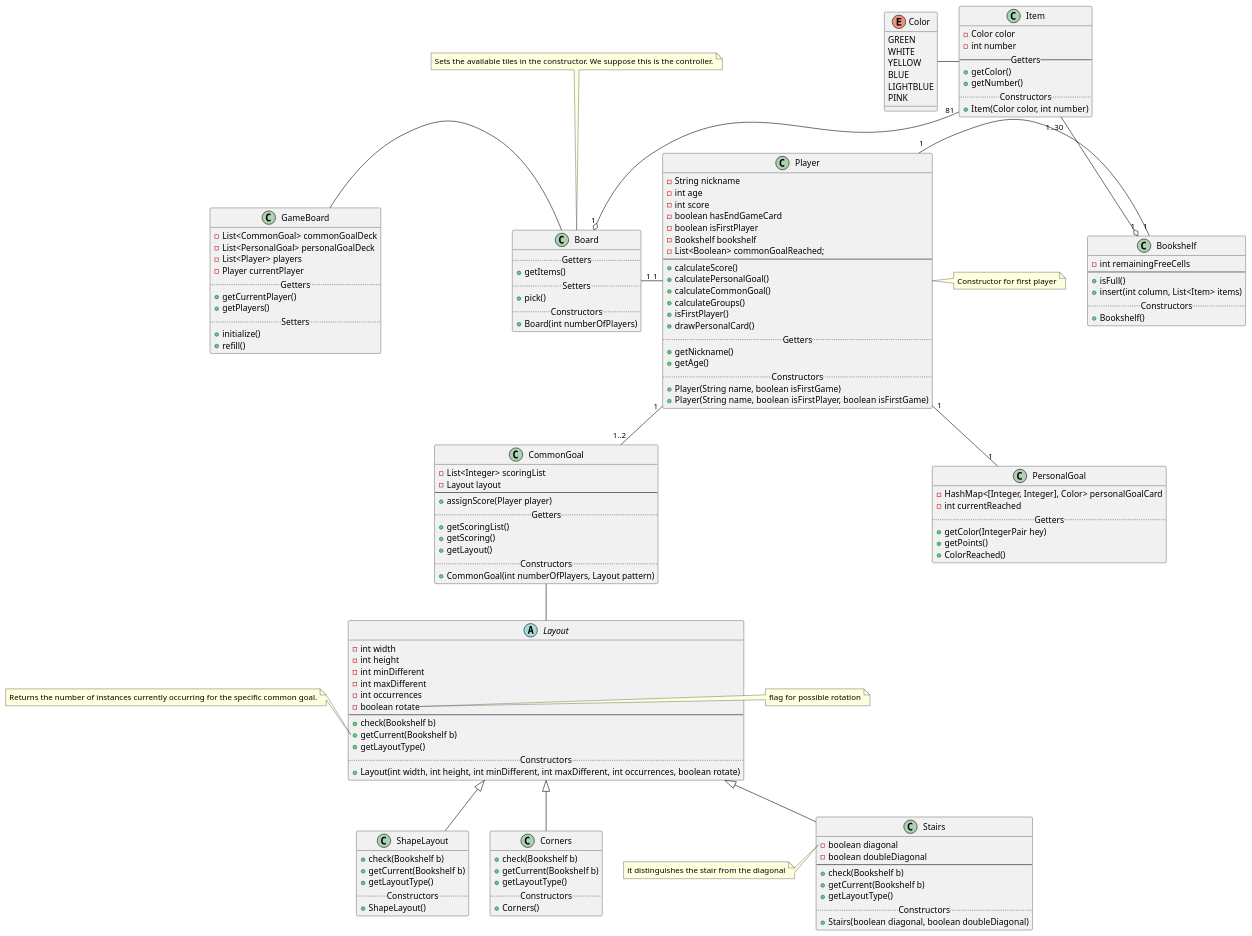
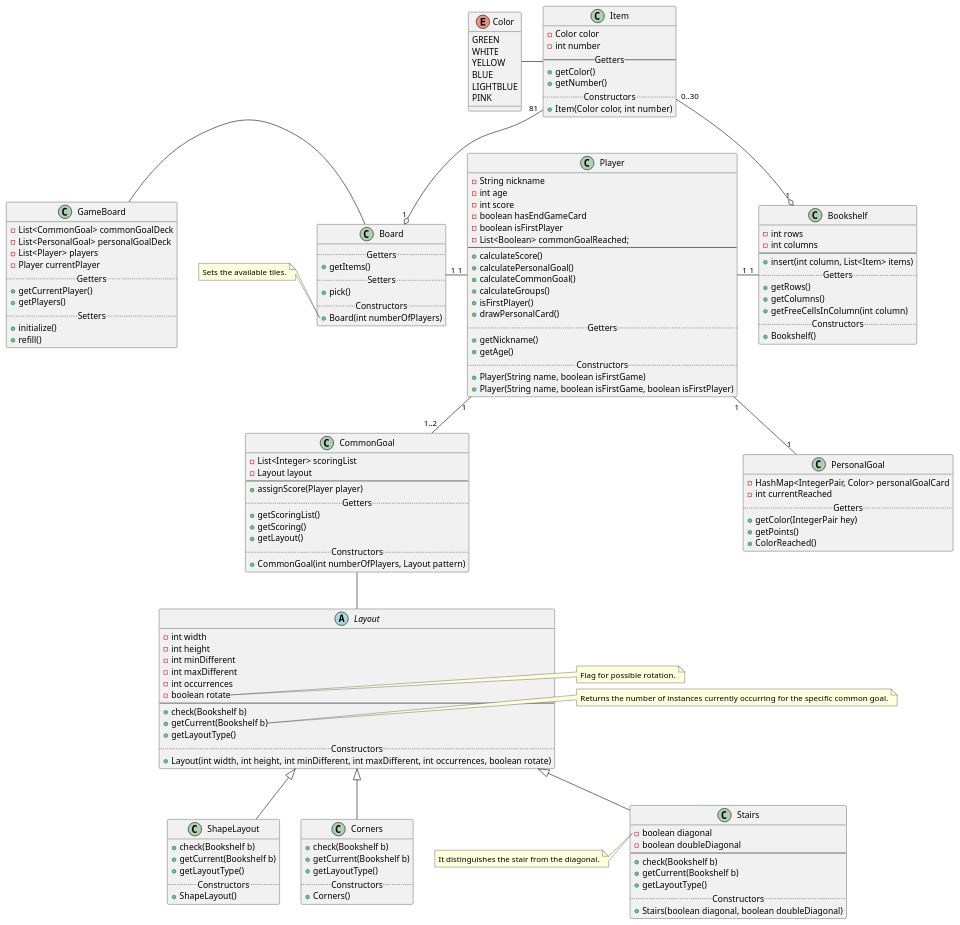
The diagram in docs/Initial class diagram.puml (dltmtt/IS23-AM13), drawn with PlantUML before and after one commit.

Commit message:
Update Bookshelf and other minor changes
Remove unused methods, add a few getters, fix a few things in code, move note position in the diagram and correct the cardinality of the Bookshelf-Item relation

```diff
--- a/docs/Initial class diagram.puml
+++ b/docs/Initial class diagram.puml
@@ -1,194 +1,187 @@
 @startuml
 'The controller will receiver the move command from the client and
 'will call remove and insert on the board and the bookshelf.
 'The link Board-Player is a static list.
 'The reference to CommonGoal (a list of 1 or 2 elements) is static.
 'The checks, like Bookshelf's checkComplete, go in the client.
-'[X] Consider aggregating the layouts (with parameters).
-'[ ] Add a method setNickname (in Player?).
-'[X] Convert Bookshelf goal in a hashMap.
-'[ ] Add a method drawCards. (in game?)
-'[ ] Add (somewhere) a check for the insertion in the bookshelf of the selection.
-'[ ] Check when the board has to be refilled. in game
 
-
+'TODO:
+'[ ] Consider adding a method setNickname.
+'[ ] Add a method drawCards.
+'[ ] Check when the board has to be refilled.
 
 class Board
-note top: Sets the available tiles in the constructor. We suppose this is the controller.
 Player "1" -- "1..2" CommonGoal
 Player "1" -- "1" PersonalGoal
 Player "1" - "1" Bookshelf
 Board "1" - "1" Player
 Item "81" --o "1" Board
-Item "1..30" --o "1" Bookshelf
+Item "0..30" --o "1" Bookshelf
 Color - Item
 CommonGoal -- Layout
 GameBoard - Board
 
 class Item {
     -Color color
     -int number
     -- Getters --
     +getColor()
     +getNumber()
     .. Constructors ..
     +Item(Color color, int number)
 }
 
 class PersonalGoal {
-    -HashMap<[Integer, Integer], Color> personalGoalCard
+    -HashMap<IntegerPair, Color> personalGoalCard
     -int currentReached
     .. Getters ..
     +getColor(IntegerPair hey)
     +getPoints()
     +ColorReached()
 }
 
 note left of PersonalGoal::reached
     it indicates the number of cells filled with the "right colour"
 end note
 
 note right of PersonalGoal::goal
     The goal's configuration.
 end note
 
 class Player {
     -String nickname
     -int age
     -int score
     -boolean hasEndGameCard
     -boolean isFirstPlayer
-    -Bookshelf bookshelf
     -List<Boolean> commonGoalReached;
-    --
+    ----
     +calculateScore()
     +calculatePersonalGoal()
     +calculateCommonGoal()
     +calculateGroups()
     +isFirstPlayer()
     +drawPersonalCard()
     .. Getters ..
     +getNickname()
     +getAge()
     .. Constructors ..
     +Player(String name, boolean isFirstGame)
-    +Player(String name, boolean isFirstPlayer, boolean isFirstGame)
+    +Player(String name, boolean isFirstGame, boolean isFirstPlayer)
 }
-
-note right of Player
-    Constructor for first player
-end note
 
 class GameBoard {
     -List<CommonGoal> commonGoalDeck
     -List<PersonalGoal> personalGoalDeck
     -List<Player> players
     -Player currentPlayer
     .. Getters ..
     +getCurrentPlayer()
     +getPlayers()
     .. Setters ..
     +initialize()
     +refill()
 }
 
-
 class Board {
     .. Getters ..
     +getItems()
     .. Setters ..
     +pick()
     .. Constructors ..
     +Board(int numberOfPlayers)
 }
 
-note left of Board::fill
-    This is the initializer.
+note left of Board::Board
+    Sets the available tiles.
 end note
 
 class CommonGoal {
     -List<Integer> scoringList
     -Layout layout
-    ---
+    ----
     +assignScore(Player player)
     .. Getters ..
     +getScoringList()
     +getScoring()
     +getLayout()
     .. Constructors ..
     +CommonGoal(int numberOfPlayers, Layout pattern)
 }
 
 enum Color {
     GREEN
     WHITE
     YELLOW
     BLUE
     LIGHTBLUE
     PINK
 }
 
 class Bookshelf {
-    -int remainingFreeCells
-    ---
-    +isFull()
-'    +getFreeCells() (inutile?)
+    -int rows
+    -int columns
+    ----
     +insert(int column, List<Item> items)
+    .. Getters ..
+    +getRows()
+    +getColumns()
+    +getFreeCellsInColumn(int column)
     .. Constructors ..
     +Bookshelf()
 }
 
 abstract Layout {
     -int width
     -int height
     -int minDifferent
     -int maxDifferent
     -int occurrences
     -boolean rotate
-    ---
+    ----
     +check(Bookshelf b)
     +getCurrent(Bookshelf b)
     +getLayoutType()
     .. Constructors ..
     +Layout(int width, int height, int minDifferent, int maxDifferent, int occurrences, boolean rotate)
 }
 
 note right of Layout::rotate
-    flag for possible rotation
+    Flag for possible rotation.
 end note
 
-note left of Layout::getCurrent
+note right of Layout::getCurrent
     Returns the number of instances currently occurring for the specific common goal.
 end note
 
 class ShapeLayout extends Layout{
     +check(Bookshelf b)
     +getCurrent(Bookshelf b)
     +getLayoutType()
     .. Constructors ..
     +ShapeLayout()
 }
 
 class Stairs extends Layout{
     -boolean diagonal
     -boolean doubleDiagonal
-    ---
+    ----
     +check(Bookshelf b)
     +getCurrent(Bookshelf b)
     +getLayoutType()
     .. Constructors ..
     +Stairs(boolean diagonal, boolean doubleDiagonal)
 }
 
 note left of Stairs::diagonal
-    it distinguishes the stair from the diagonal
+    It distinguishes the stair from the diagonal.
 end note
 
 class Corners extends Layout{
     +check(Bookshelf b)
     +getCurrent(Bookshelf b)
     +getLayoutType()
     .. Constructors ..
     +Corners()
 }
 @enduml
```
